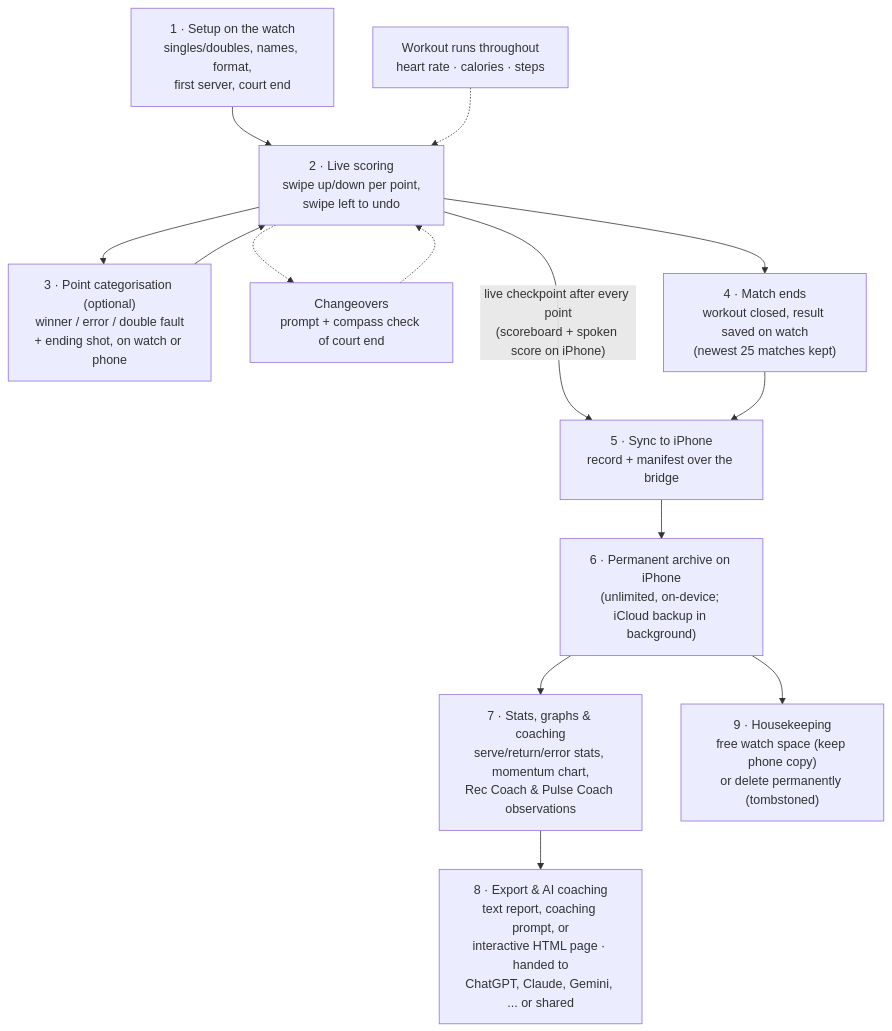
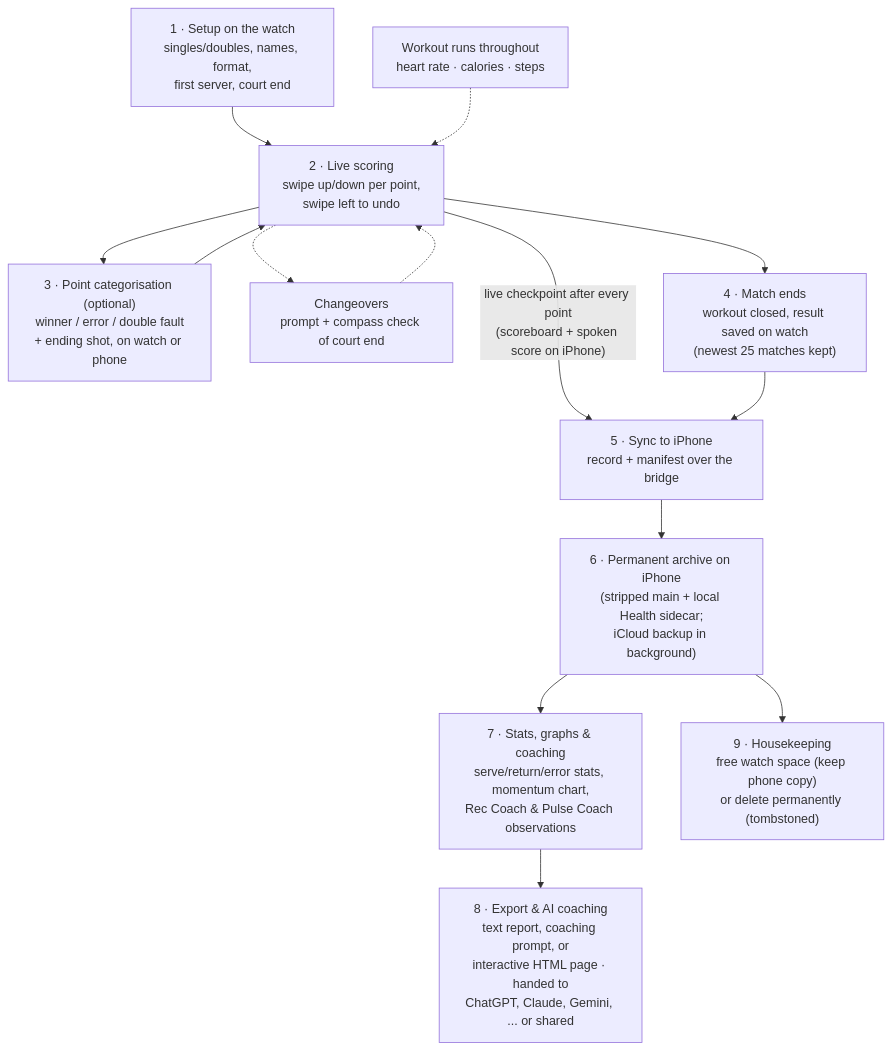
Before and after one commit to EMRahman/DeuceMate: the diagram in docs/architecture/match-lifecycle.md, drawn with Mermaid. The commit also changed other lines of this file and 21 other files, not shown here.

Commit message:
Add backup-excluded Health sidecar

````diff
--- a/docs/architecture/match-lifecycle.md
+++ b/docs/architecture/match-lifecycle.md
@@ -7,28 +7,28 @@
 ```mermaid
 flowchart TD
     SETUP["1 · Setup on the watch<br/>singles/doubles, names, format,<br/>first server, court end"]
     SCORE["2 · Live scoring<br/>swipe up/down per point,<br/>swipe left to undo"]
     CAT["3 · Point categorisation (optional)<br/>winner / error / double fault<br/>+ ending shot, on watch or phone"]
     HEALTH["Workout runs throughout<br/>heart rate · calories · steps"]
     CHANGE["Changeovers<br/>prompt + compass check of court end"]
     END1["4 · Match ends<br/>workout closed, result saved on watch<br/>(newest 25 matches kept)"]
     SYNC["5 · Sync to iPhone<br/>record + manifest over the bridge"]
-    ARCHIVE["6 · Permanent archive on iPhone<br/>(unlimited, on-device; iCloud backup in background)"]
+    ARCHIVE["6 · Permanent archive on iPhone<br/>(stripped main + local Health sidecar;<br/>iCloud backup in background)"]
     INSIGHT["7 · Stats, graphs & coaching<br/>serve/return/error stats, momentum chart,<br/>Rec Coach & Pulse Coach observations"]
     EXPORT["8 · Export & AI coaching<br/>text report, coaching prompt, or<br/>interactive HTML page · handed to<br/>ChatGPT, Claude, Gemini, ... or shared"]
     MANAGE["9 · Housekeeping<br/>free watch space (keep phone copy)<br/>or delete permanently (tombstoned)"]
 
     SETUP --> SCORE
     SCORE --> CAT
     CAT --> SCORE
     SCORE -.-> CHANGE
     CHANGE -.-> SCORE
     HEALTH -.-> SCORE
     SCORE --> END1
     SCORE -- "live checkpoint after every point<br/>(scoreboard + spoken score on iPhone)" --> SYNC
     END1 --> SYNC
     SYNC --> ARCHIVE
     ARCHIVE --> INSIGHT
     INSIGHT --> EXPORT
     ARCHIVE --> MANAGE
 ```
````
